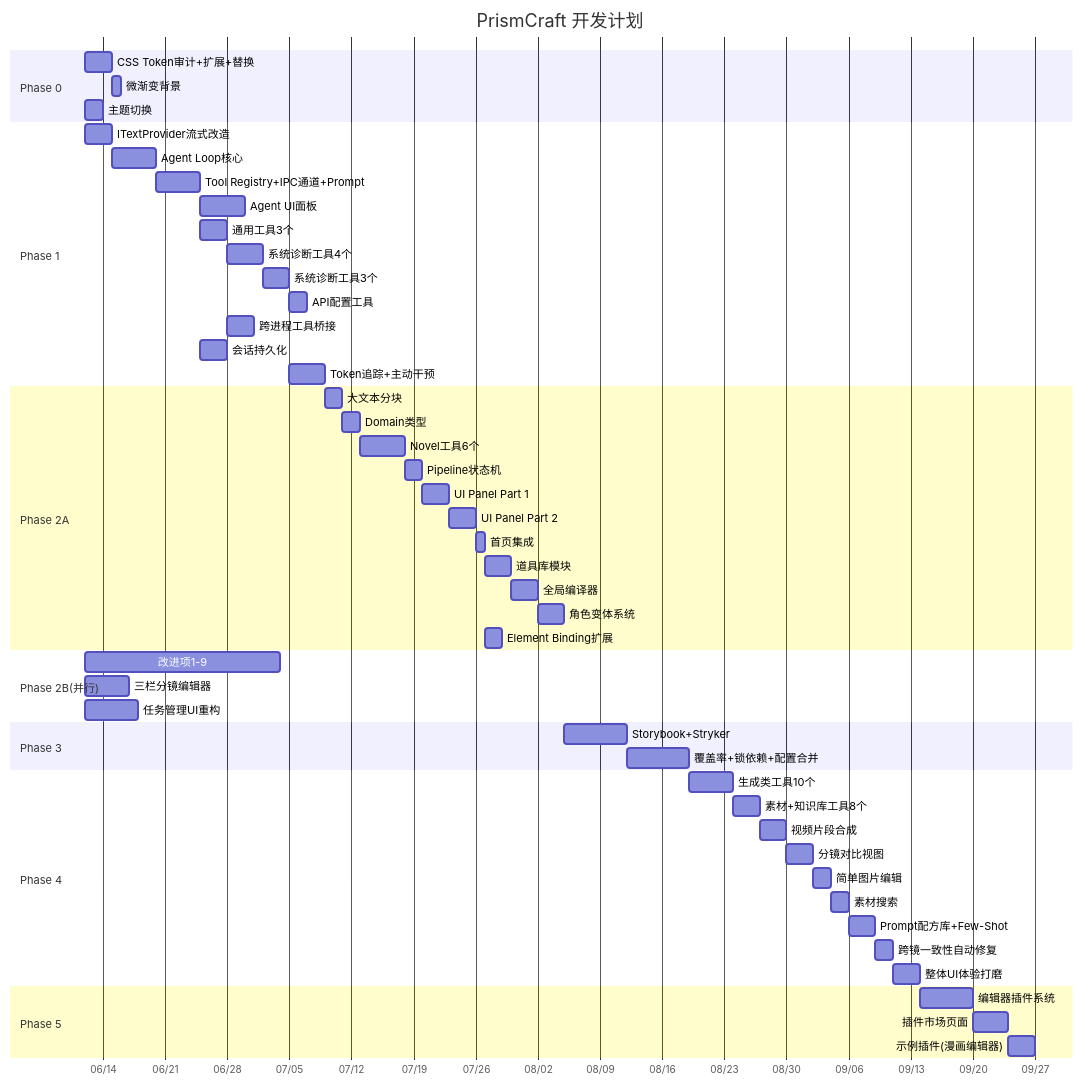
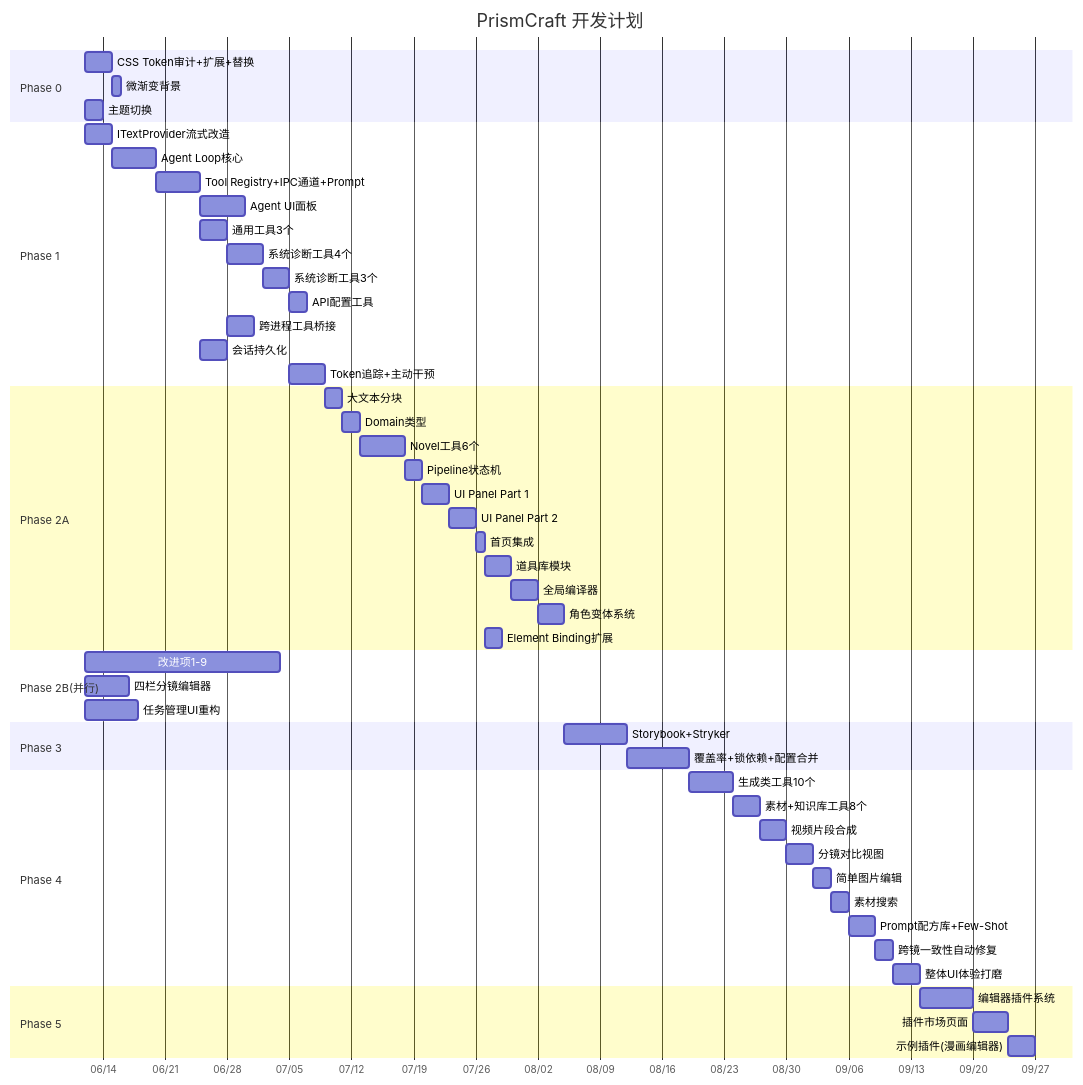
The diagram in docs/development-plan.md (ph2-5/PrismCraft), drawn with Mermaid before and after one commit. The commit also changed other lines of this file and 78 other files, not shown here.

````diff
--- a/docs/development-plan.md
+++ b/docs/development-plan.md
@@ -164,62 +164,62 @@
 ```mermaid
 gantt
     title PrismCraft 开发计划
     dateFormat  YYYY-MM-DD
     axisFormat  %m/%d
 
     section Phase 0
     CSS Token审计+扩展+替换 :p0a, 2026-06-12, 3d
     微渐变背景 :p0b, after p0a, 1d
     主题切换 :p0c, 2026-06-12, 2d
 
     section Phase 1
     ITextProvider流式改造 :p1_0, 2026-06-12, 3d
     Agent Loop核心 :p1_1, after p1_0, 5d
     Tool Registry+IPC通道+Prompt :p1_2, after p1_1, 5d
     Agent UI面板 :p1_5, after p1_2, 5d
     通用工具3个 :p1_6a, after p1_2, 3d
     系统诊断工具4个 :p1_6b, after p1_6a, 4d
     系统诊断工具3个 :p1_6c, after p1_6b, 3d
     API配置工具 :p1_api, after p1_6c, 2d
     跨进程工具桥接 :p1_7, after p1_6a, 3d
     会话持久化 :p1_8, after p1_2, 3d
     Token追踪+主动干预 :p1_9, after p1_6c, 4d
 
     section Phase 2A
     大文本分块 :p2a0, after p1_9, 2d
     Domain类型 :p2a1, after p2a0, 2d
     Novel工具6个 :p2a2, after p2a1, 5d
     Pipeline状态机 :p2a3, after p2a2, 2d
     UI Panel Part 1 :p2a4, after p2a3, 3d
     UI Panel Part 2 :p2a5, after p2a4, 3d
     首页集成 :p2a6, after p2a5, 1d
     道具库模块 :p2a8, after p2a6, 3d
     全局编译器 :p2a9, after p2a8, 3d
     角色变体系统 :p2a10, after p2a9, 3d
     Element Binding扩展 :p2a11, after p2a6, 2d
 
     section Phase 2B(并行)
     改进项1-9 :p2b_1, 2026-06-12, 22d
-    三栏分镜编辑器 :p2b11, 2026-06-12, 5d
+    四栏分镜编辑器 :p2b11, 2026-06-12, 5d
     任务管理UI重构 :p2b10, 2026-06-12, 6d
 
     section Phase 3
     Storybook+Stryker :p3a, after p2a10, 7d
     覆盖率+锁依赖+配置合并 :p3b, after p3a, 7d
 
     section Phase 4
     生成类工具10个 :p4a1, after p3b, 5d
     素材+知识库工具8个 :p4a2, after p4a1, 3d
     视频片段合成 :p4b1, after p4a2, 3d
     分镜对比视图 :p4b2, after p4b1, 3d
     简单图片编辑 :p4c1, after p4b2, 2d
     素材搜索 :p4c2, after p4c1, 2d
     Prompt配方库+Few-Shot :p4d1, after p4c2, 3d
     跨镜一致性自动修复 :p4d2, after p4d1, 2d
     整体UI体验打磨 :p4d3, after p4d2, 3d
 
     section Phase 5
     编辑器插件系统 :p5a, after p4d3, 6d
     插件市场页面 :p5b, after p5a, 4d
     示例插件(漫画编辑器) :p5c, after p5b, 3d
 ```
````
